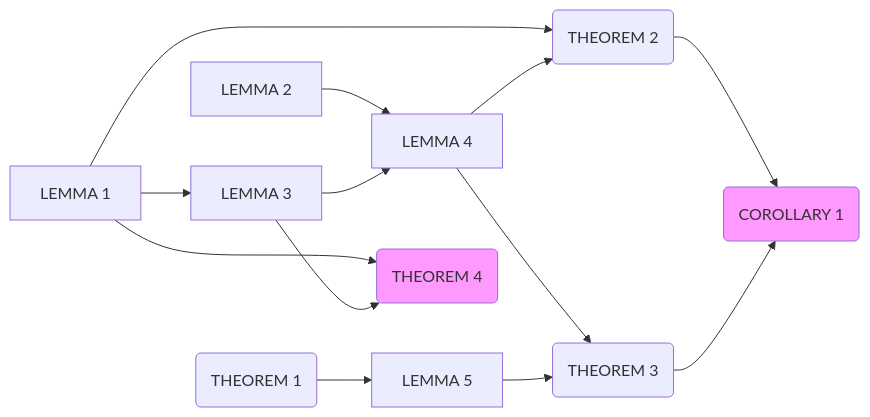
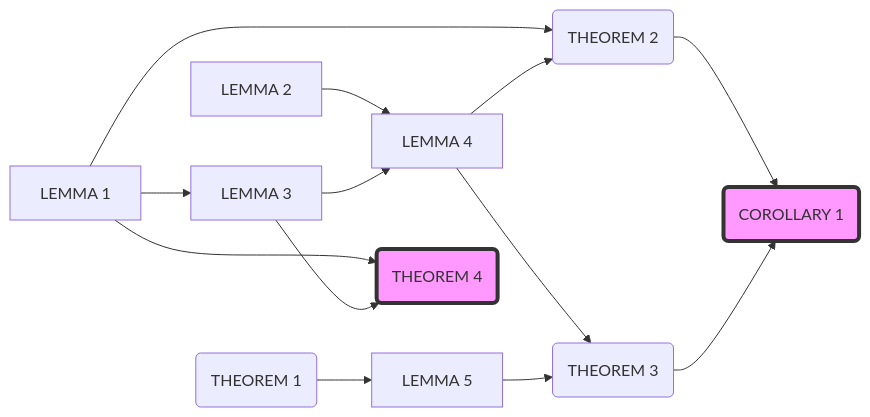
Before and after one commit to miaozhuojun/miaozhuojun.github.io: the third of 3 diagrams in _posts/2021-01-15-dominator.md, drawn with Mermaid.

```diff
--- a/_posts/2021-01-15-dominator.md
+++ b/_posts/2021-01-15-dominator.md
@@ -128,17 +128,17 @@
       <div class="mermaid">
       graph LR;
         L1[LEMMA 1] --> L3[LEMMA 3];
         L2[LEMMA 2] --> L4[LEMMA 4];
         L3 --> L4;
         T1(THEOREM 1) --> L5[LEMMA 5];
         L1 --> T2(THEOREM 2);
         L4 --> T2;
         L4 --> T3(THEOREM 3);
         L5 --> T3;
         T2 --> C1(COROLLARY 1);
+        style C1 fill:#f9f,stroke:#333,stroke-width:4px;
         T3 --> C1;
         L1 --> T4(THEOREM 4);
+        style T4 fill:#f9f,stroke:#333,stroke-width:4px;
         L3 --> T4;
-        style C1 fill:#f9f
-        style T4 fill:#f9f
       </div>
```
